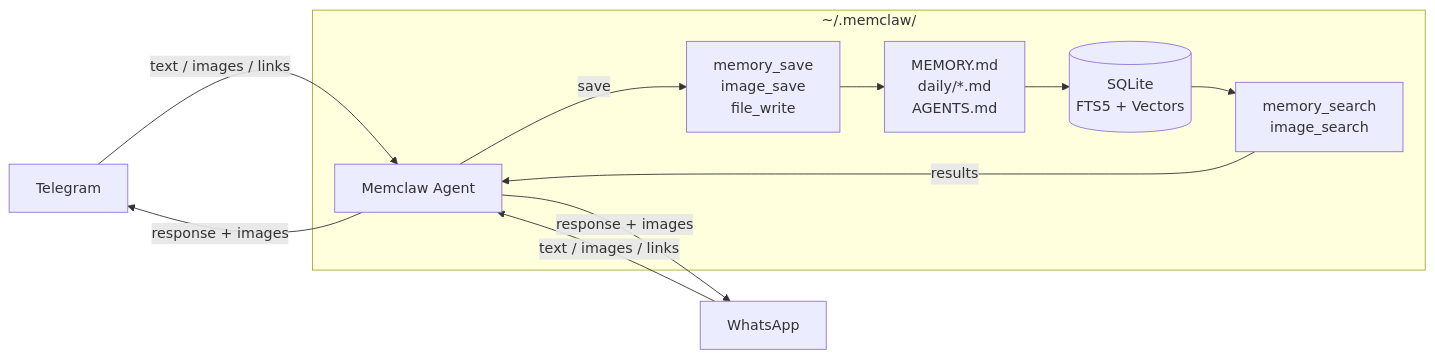
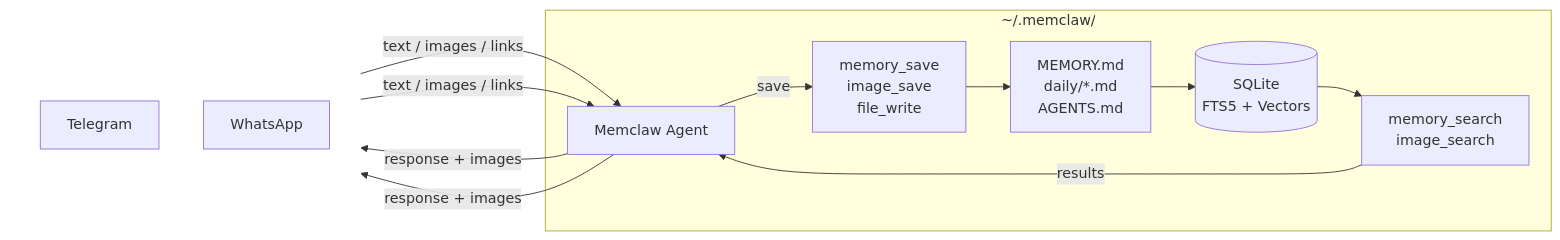
The diagram in README.md (emanuilo/memclaw), drawn with Mermaid before and after one commit.

Commit message:
docs: stack messaging channels vertically in architecture diagram

````diff
--- a/README.md
+++ b/README.md
@@ -116,16 +116,23 @@
 ```mermaid
 flowchart LR
-    TG[Telegram] -->|text / images / links| Agent[Memclaw Agent]
-    WA[WhatsApp] -->|text / images / links| Agent
+    subgraph Channels [" "]
+        direction TB
+        TG[Telegram]
+        WA[WhatsApp]
+    end
+
+    TG -->|text / images / links| Agent[Memclaw Agent]
+    WA -->|text / images / links| Agent
+    Agent -->|response + images| TG
+    Agent -->|response + images| WA
 
     subgraph sandbox ["~/.memclaw/"]
         Agent -->|save| Tools1["memory_save<br>image_save<br>file_write"]
         Tools1 --> Files["MEMORY.md<br>daily/*.md<br>AGENTS.md"]
         Files --> DB[("SQLite<br>FTS5 + Vectors")]
         DB --> Tools2["memory_search<br>image_search"]
         Tools2 -->|results| Agent
     end
 
-    Agent -->|response + images| TG
-    Agent -->|response + images| WA
+    style Channels fill:none,stroke:none
 ```
````
